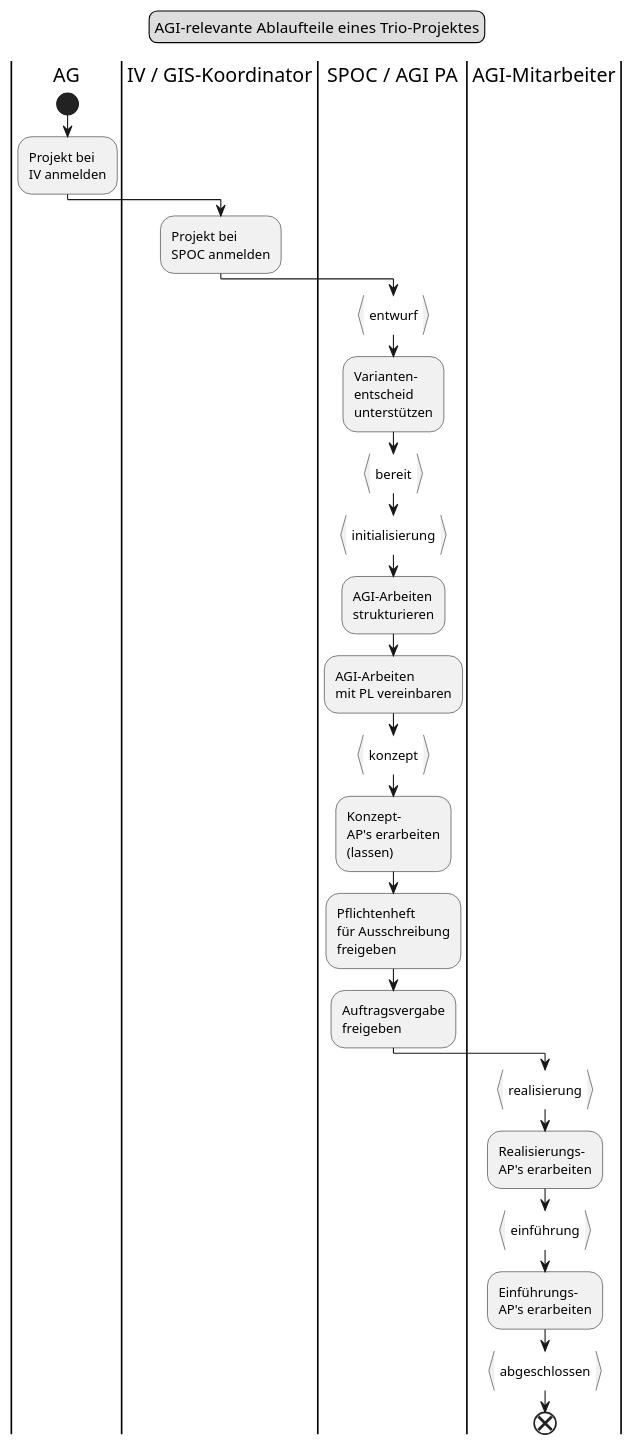
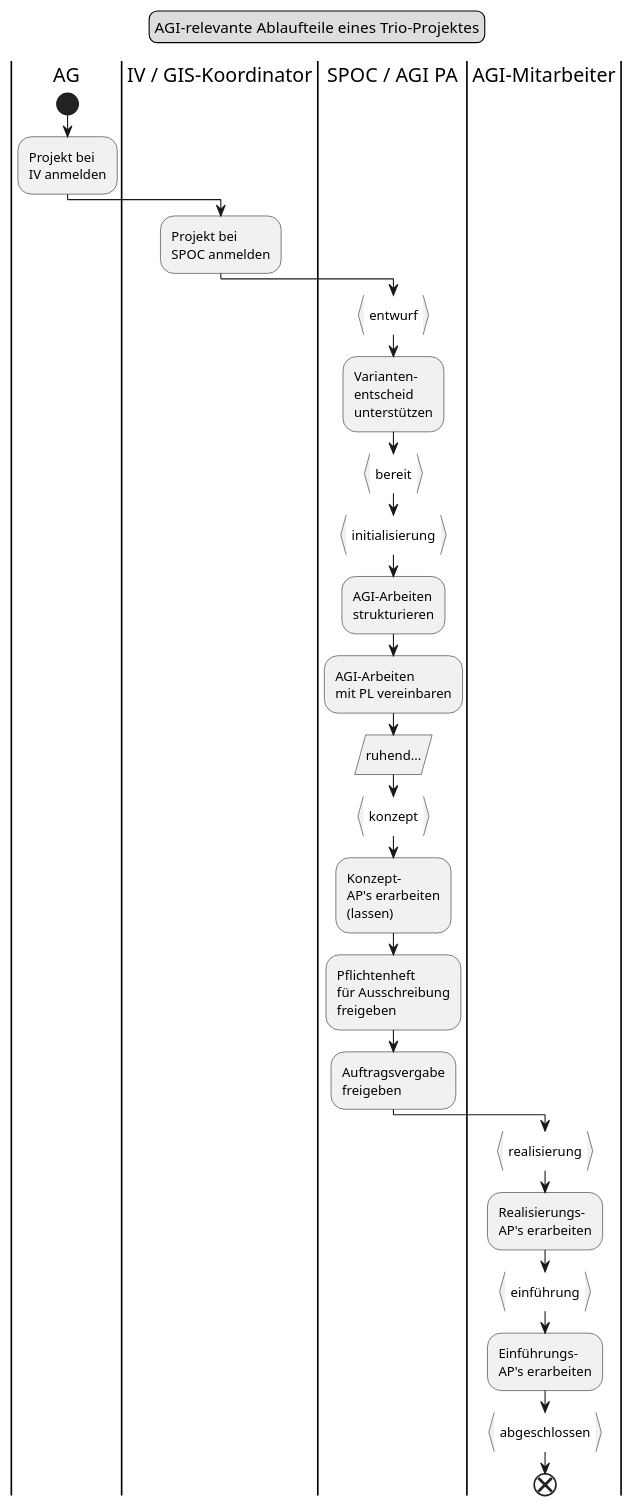
One commit to ojeker/docktick changed the diagram in dok/puml/src/flow_trioprojekt.puml. Above: the diagram before and after it, drawn with PlantUML. The commit also changed 8 other files, not shown here.

Commit message:
Diagram clarifications

```diff
--- a/dok/puml/src/flow_trioprojekt.puml
+++ b/dok/puml/src/flow_trioprojekt.puml
@@ -1,41 +1,42 @@
 @startuml
 legend top
 	AGI-relevante Ablaufteile eines Trio-Projektes
 end legend
 |AG|
 start
 :Projekt bei
 IV anmelden;
 |IV / GIS-Koordinator|
 :Projekt bei
 SPOC anmelden;
 |SPOC / AGI PA|
 :entwurf}
 :Varianten-
 entscheid
 unterstützen;
 :bereit}
 :initialisierung}
 :AGI-Arbeiten
 strukturieren;
 :AGI-Arbeiten
 mit PL vereinbaren;
+:ruhend.../
 :konzept}
 :Konzept-
 AP's erarbeiten
 (lassen);
 :Pflichtenheft
 für Ausschreibung
 freigeben;
 :Auftragsvergabe
 freigeben;
 |AGI-Mitarbeiter|
 :realisierung}
 :Realisierungs-
 AP's erarbeiten;
 :einführung}
 :Einführungs-
 AP's erarbeiten;
 :abgeschlossen}
 end
 @enduml
```
